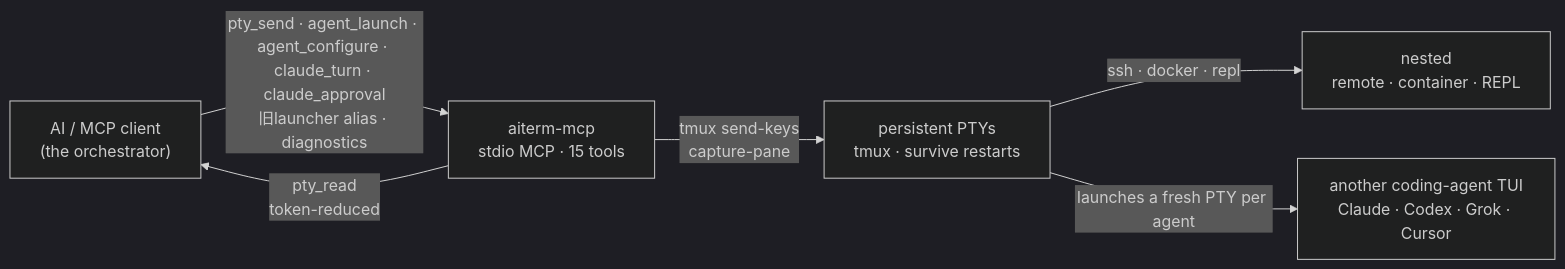
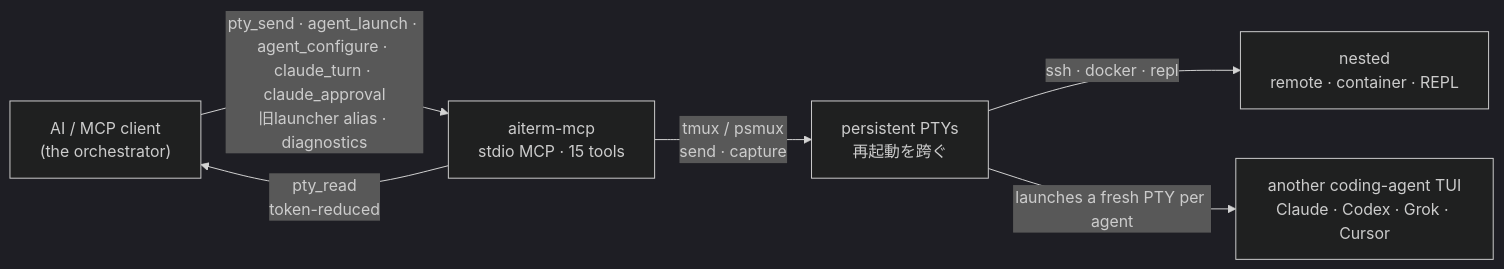
One commit to kitepon-rgb/aiterm-mcp changed the diagram in README.ja.md. Above: the diagram before and after it, drawn with Mermaid (dark theme). The commit also changed other lines of this file and 13 other files, not shown here.

````diff
--- a/README.ja.md
+++ b/README.ja.md
@@ -317,8 +317,8 @@
 ```mermaid
 flowchart LR
     AI["AI / MCP client<br/>(the orchestrator)"] -->|"pty_send · agent_launch · agent_configure · claude_turn · claude_approval<br/>旧launcher alias · diagnostics"| S["aiterm-mcp<br/>stdio MCP · 15 tools"]
     S -->|"pty_read<br/>token-reduced"| AI
-    S -->|"tmux send-keys<br/>capture-pane"| P["persistent PTYs<br/>tmux · survive restarts"]
+    S -->|"tmux / psmux<br/>send · capture"| P["persistent PTYs<br/>再起動を跨ぐ"]
     P -->|"ssh · docker · repl"| R["nested<br/>remote · container · REPL"]
     P -->|"launches a fresh PTY per agent"| A["another coding-agent TUI<br/>Claude · Codex · Grok · Cursor"]
 ```
````
